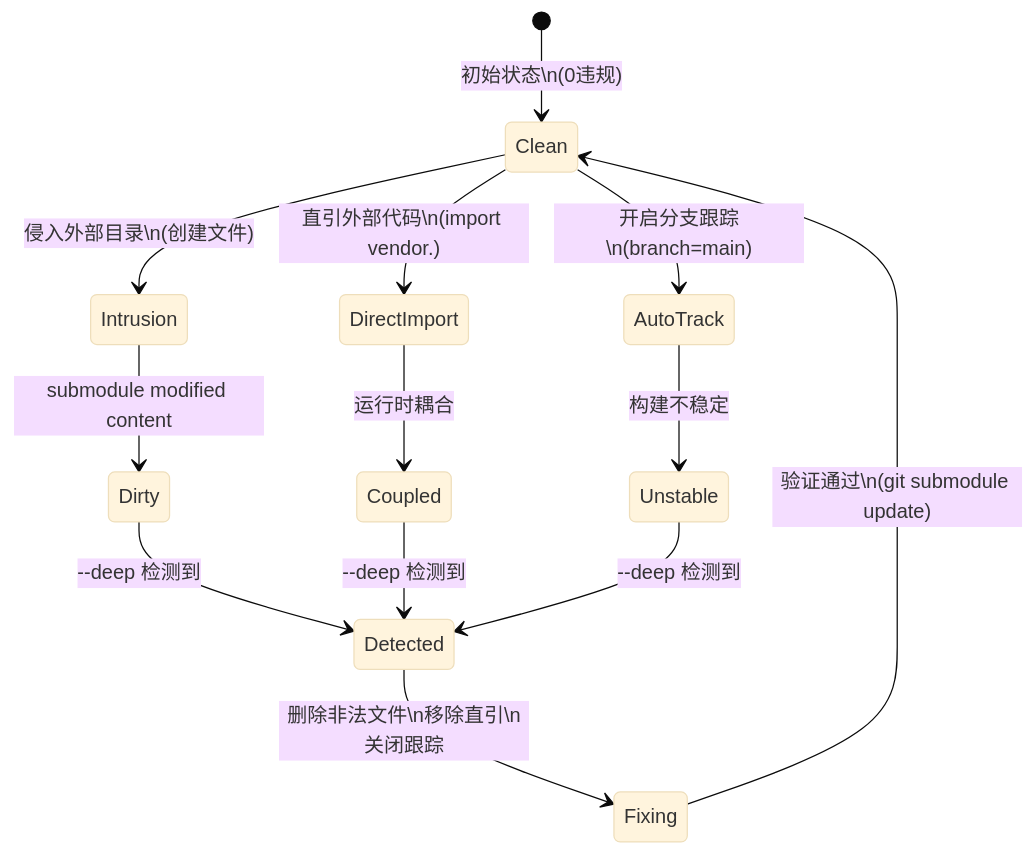
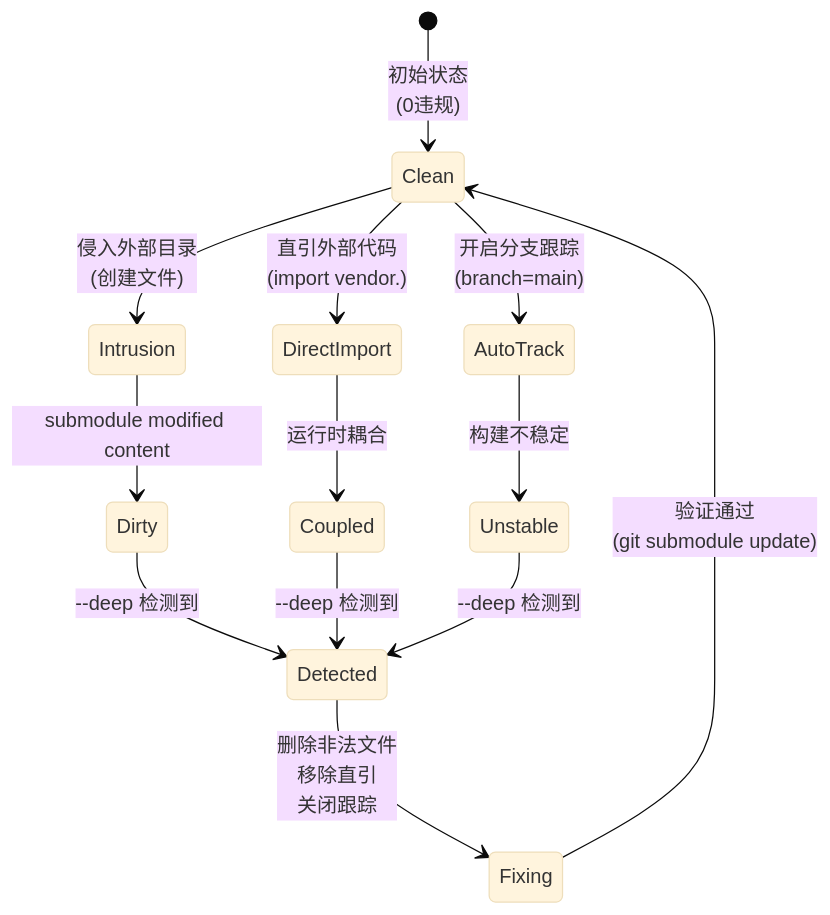
Before and after one commit to xinetzone/SpecWeave: the fourth of 4 diagrams in docs/retrospective/patterns/methodology-patterns/governance-strategy/four-negatives-external-dependency.md, drawn with Mermaid (base theme). The commit also changed other lines of this file and 2 other files, not shown here.

First line of the commit message:
fix(mermaid): 将节点内换行符从 \n 改为 <br/> 以正确渲染

````diff
--- a/docs/retrospective/patterns/methodology-patterns/governance-strategy/four-negatives-external-dependency.md
+++ b/docs/retrospective/patterns/methodology-patterns/governance-strategy/four-negatives-external-dependency.md
@@ -160,15 +160,15 @@
 ```mermaid
 stateDiagram-v2
-    [*] --> Clean: 初始状态\n(0违规)
-    Clean --> Intrusion: 侵入外部目录\n(创建文件)
-    Clean --> DirectImport: 直引外部代码\n(import vendor.)
-    Clean --> AutoTrack: 开启分支跟踪\n(branch=main)
+    [*] --> Clean: 初始状态<br/>(0违规)
+    Clean --> Intrusion: 侵入外部目录<br/>(创建文件)
+    Clean --> DirectImport: 直引外部代码<br/>(import vendor.)
+    Clean --> AutoTrack: 开启分支跟踪<br/>(branch=main)
     Intrusion --> Dirty: submodule modified content
     DirectImport --> Coupled: 运行时耦合
     AutoTrack --> Unstable: 构建不稳定
     Dirty --> Detected: --deep 检测到
     Coupled --> Detected: --deep 检测到
     Unstable --> Detected: --deep 检测到
-    Detected --> Fixing: 删除非法文件\n移除直引\n关闭跟踪
-    Fixing --> Clean: 验证通过\n(git submodule update)
+    Detected --> Fixing: 删除非法文件<br/>移除直引<br/>关闭跟踪
+    Fixing --> Clean: 验证通过<br/>(git submodule update)
 ```
````
